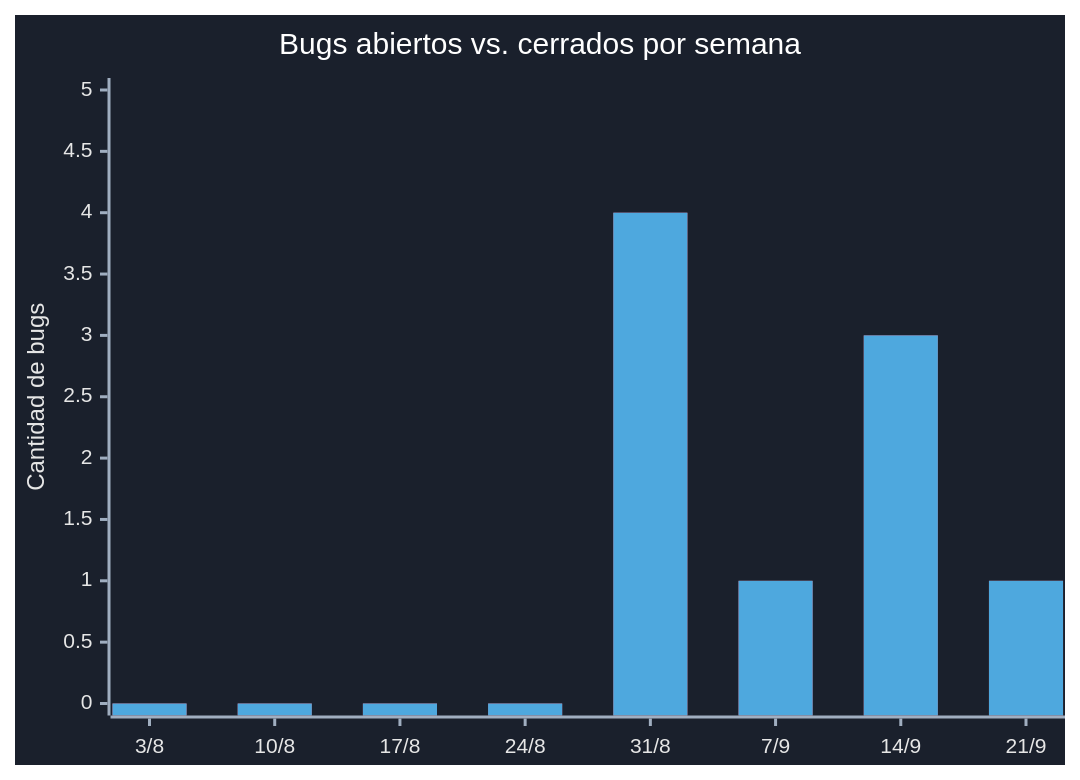
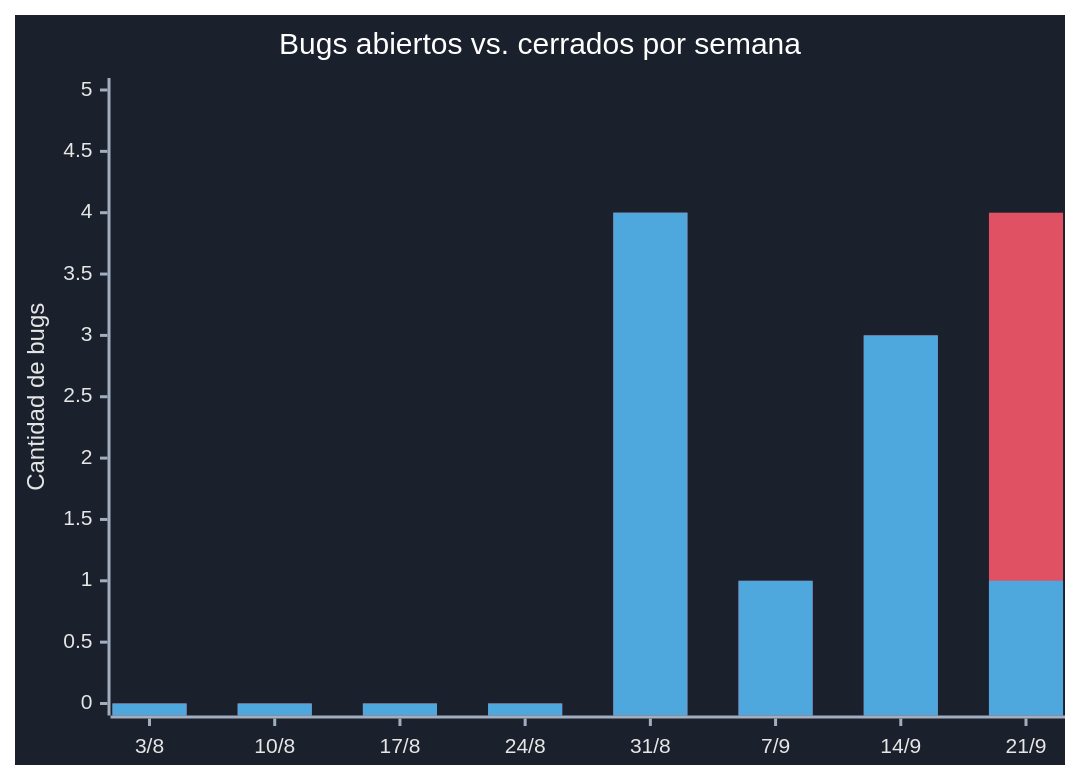
The diagram in docs/dashboard-bugs-github.md (VED-VirtualExperienceDevelopment/bistrolink), drawn with Mermaid before and after one commit. The commit also changed other lines of this file, not shown here.

````diff
--- a/docs/dashboard-bugs-github.md
+++ b/docs/dashboard-bugs-github.md
@@ -27,24 +27,24 @@
 ```mermaid
 %%{init: {'theme':'base', 'themeVariables': {
   'background': '#1a202c',
   'xyChart': {
     'backgroundColor': '#1a202c',
     'titleColor': '#ffffff',
     'xAxisLabelColor': '#e6e6e6',
     'xAxisTitleColor': '#e6e6e6',
     'xAxisTickColor': '#a0aec0',
     'xAxisLineColor': '#a0aec0',
     'yAxisLabelColor': '#e6e6e6',
     'yAxisTitleColor': '#e6e6e6',
     'yAxisTickColor': '#a0aec0',
     'yAxisLineColor': '#a0aec0',
     'plotColorPalette': '#e05263, #4ea8de'
   }
 }}}%%
 xychart-beta
     title "Bugs abiertos vs. cerrados por semana"
     x-axis ["3/8", "10/8", "17/8", "24/8", "31/8", "7/9", "14/9", "21/9"]
     y-axis "Cantidad de bugs" 0 --> 5
-    bar "Abiertos" [0, 0, 0, 0, 4, 1, 3, 1]
+    bar "Abiertos" [0, 0, 0, 0, 4, 1, 3, 4]
     bar "Cerrados" [0, 0, 0, 0, 4, 1, 3, 1]
 ```
````
